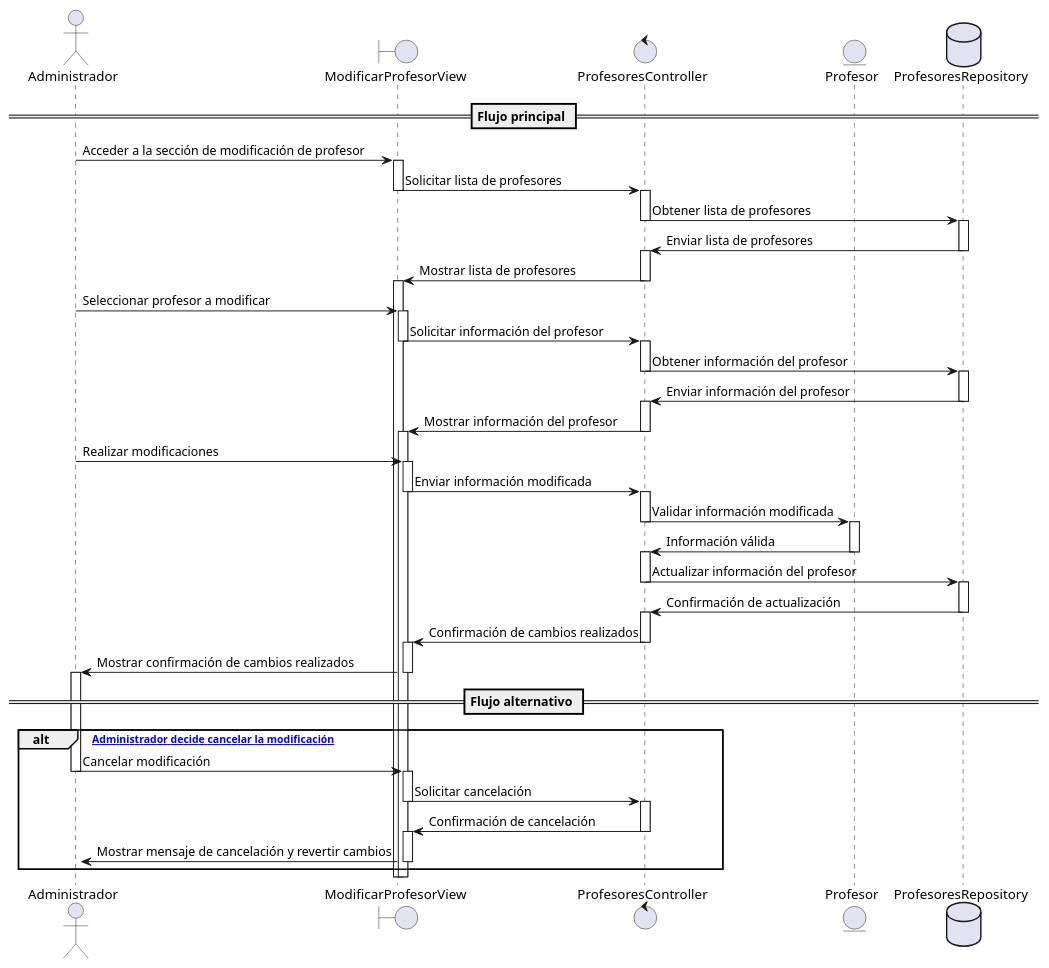
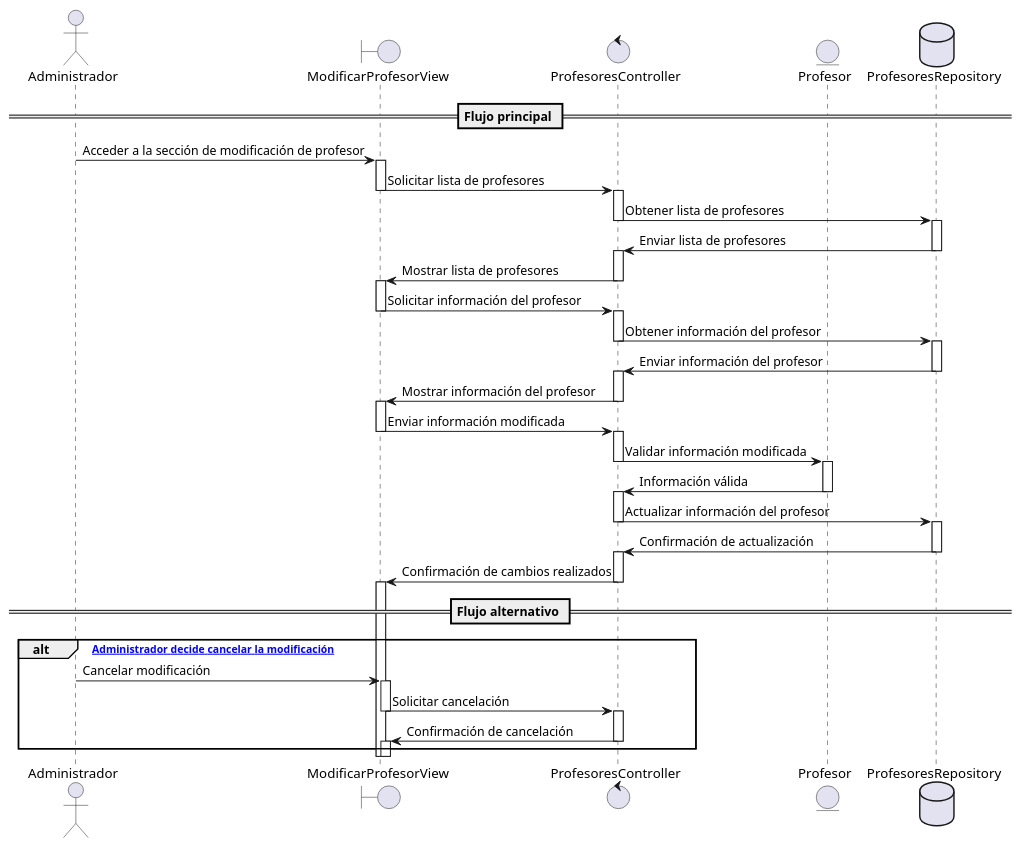
The diagram in CASOS DE USO/PROFESOR/CU-0018/DSEC-0018.puml (ZavSan95/EduMatch), drawn with PlantUML before and after one commit. The commit also changed 56 other files, not shown here.

Commit message:
Actualizacion diagramas de secuencia

```diff
--- a/CASOS DE USO/PROFESOR/CU-0018/DSEC-0018.puml
+++ b/CASOS DE USO/PROFESOR/CU-0018/DSEC-0018.puml
@@ -1,35 +1,31 @@
 @startuml
 actor Administrador
 boundary "ModificarProfesorView" as View
 control "ProfesoresController" as Controller
 entity "Profesor" as Model
 database "ProfesoresRepository" as Repository
 
 == Flujo principal ==
 Administrador -> View --++: Acceder a la sección de modificación de profesor
 View -> Controller --++: Solicitar lista de profesores
 Controller -> Repository --++: Obtener lista de profesores
 Repository -> Controller --++: Enviar lista de profesores
 Controller -> View --++: Mostrar lista de profesores
-Administrador -> View --++: Seleccionar profesor a modificar
 View -> Controller --++: Solicitar información del profesor
 Controller -> Repository --++: Obtener información del profesor
 Repository -> Controller --++: Enviar información del profesor
 Controller -> View --++: Mostrar información del profesor
-Administrador -> View --++: Realizar modificaciones
 View -> Controller --++: Enviar información modificada
 Controller -> Model --++: Validar información modificada
 Model -> Controller --++: Información válida
 Controller -> Repository --++: Actualizar información del profesor
 Repository -> Controller --++: Confirmación de actualización
 Controller -> View --++: Confirmación de cambios realizados
-View -> Administrador --++: Mostrar confirmación de cambios realizados
 
 == Flujo alternativo ==
 alt [A Administrador decide cancelar la modificación]
     Administrador -> View --++: Cancelar modificación
     View -> Controller --++: Solicitar cancelación
     Controller -> View --++: Confirmación de cancelación
-    View -> Administrador --++: Mostrar mensaje de cancelación y revertir cambios
 end
 @enduml
```
